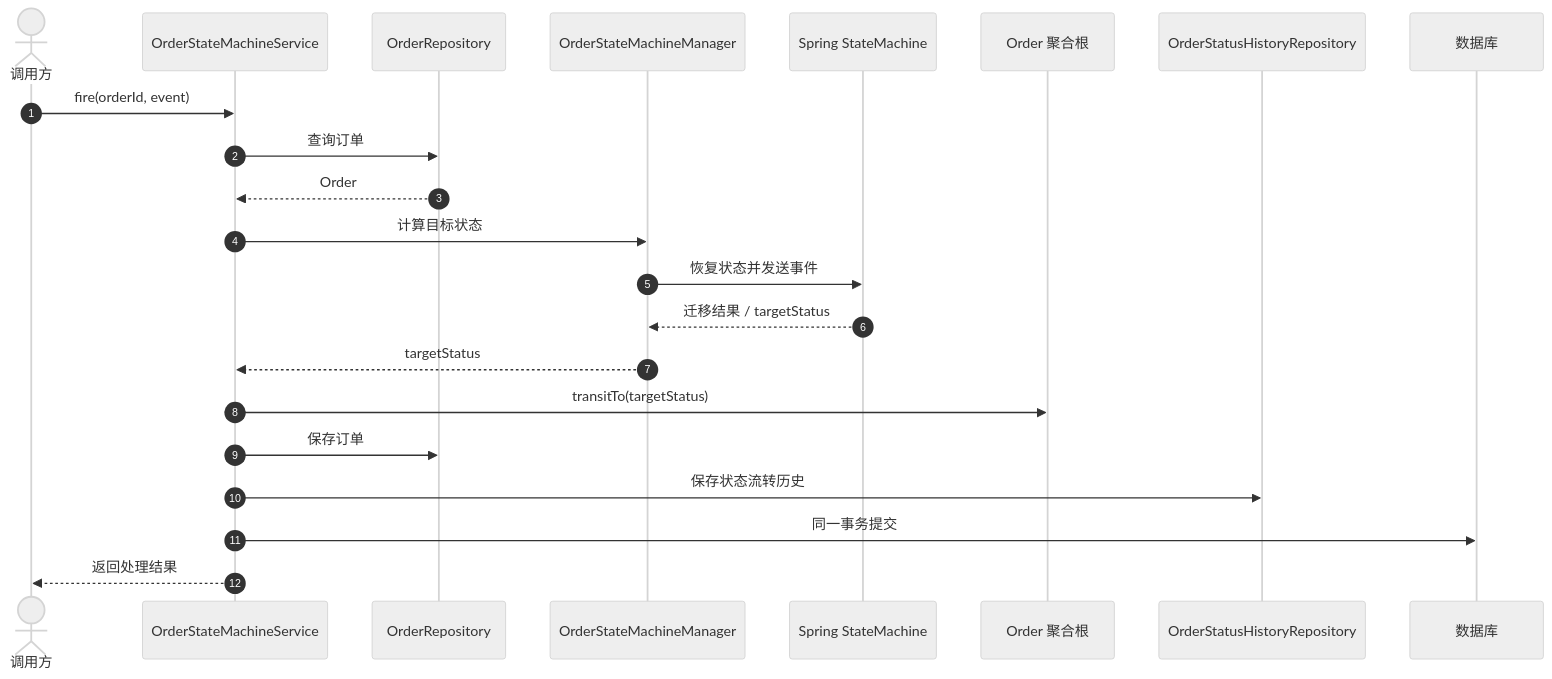
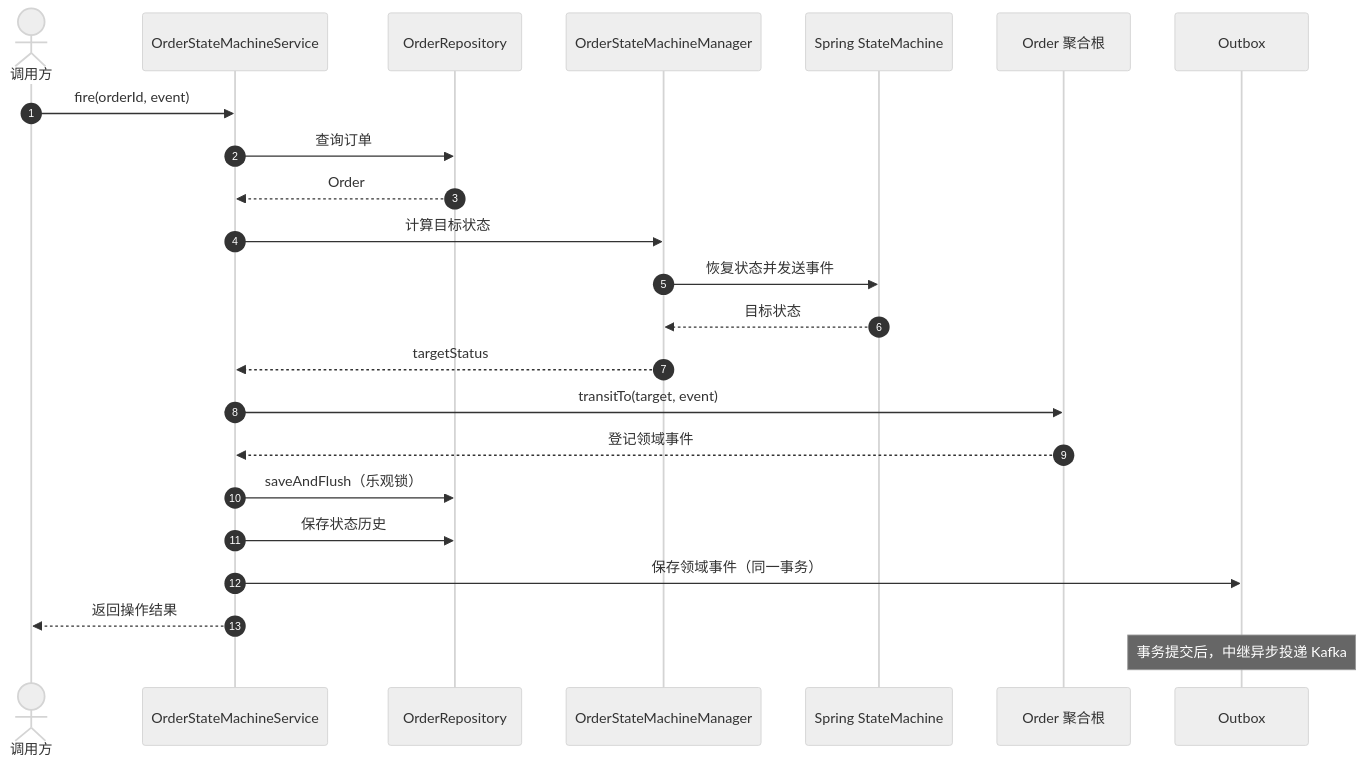
The diagram in README.md (neopen/ddd-order-demo), drawn with Mermaid (neutral theme) before and after one commit. The commit also changed other lines of this file and 76 other files, not shown here.

````diff
--- a/README.md
+++ b/README.md
@@ -101,25 +107,26 @@
-``` mermaid
+```mermaid
 sequenceDiagram
     autonumber
     actor Client as 调用方
     participant App as OrderStateMachineService
     participant Repo as OrderRepository
     participant Manager as OrderStateMachineManager
     participant SM as Spring StateMachine
-    participant Aggregate as Order 聚合根
-    participant History as OrderStatusHistoryRepository
-    participant DB as 数据库
+    participant Order as Order 聚合根
+    participant Outbox as Outbox
 
     Client->>App: fire(orderId, event)
     App->>Repo: 查询订单
     Repo-->>App: Order
     App->>Manager: 计算目标状态
     Manager->>SM: 恢复状态并发送事件
-    SM-->>Manager: 迁移结果 / targetStatus
+    SM-->>Manager: 目标状态
     Manager-->>App: targetStatus
-    App->>Aggregate: transitTo(targetStatus)
-    App->>Repo: 保存订单
-    App->>History: 保存状态流转历史
-    App->>DB: 同一事务提交
-    App-->>Client: 返回处理结果
+    App->>Order: transitTo(target, event)
+    Order-->>App: 登记领域事件
+    App->>Repo: saveAndFlush（乐观锁）
+    App->>Repo: 保存状态历史
+    App->>Outbox: 保存领域事件（同一事务）
+    App-->>Client: 返回操作结果
+    Note over Outbox: 事务提交后，中继异步投递 Kafka
 ```
````
